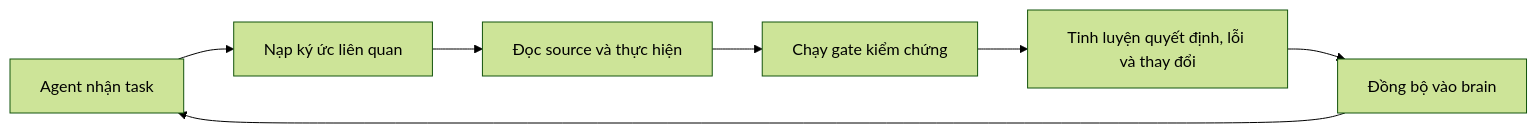
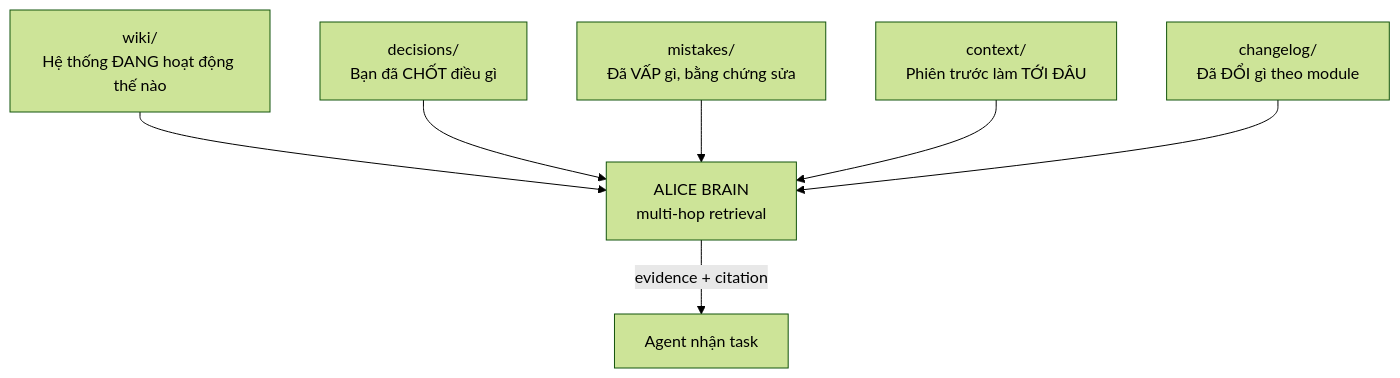
The first of 2 diagrams in README.md (blueberry-sensei/alice-coding), drawn with Mermaid (forest theme) before and after one commit. The commit also changed other lines of this file and 11 other files, not shown here.

````diff
--- a/README.md
+++ b/README.md
@@ -76,9 +61,17 @@
 ```mermaid
-flowchart LR
-    A["Agent nhận task"] --> B["Nạp ký ức liên quan"]
-    B --> C["Đọc source và thực hiện"]
-    C --> D["Chạy gate kiểm chứng"]
-    D --> E["Tinh luyện quyết định, lỗi và thay đổi"]
-    E --> F["Đồng bộ vào brain"]
-    F --> A
+flowchart TD
+    Task["Agent nhận task"]
+    W["wiki/<br/>Hệ thống ĐANG hoạt động thế nào"]
+    D["decisions/<br/>Bạn đã CHỐT điều gì"]
+    M["mistakes/<br/>Đã VẤP gì, bằng chứng sửa"]
+    C["context/<br/>Phiên trước làm TỚI ĐÂU"]
+    L["changelog/<br/>Đã ĐỔI gì theo module"]
+    Brain["ALICE BRAIN<br/>multi-hop retrieval"]
+
+    W --> Brain
+    D --> Brain
+    M --> Brain
+    C --> Brain
+    L --> Brain
+    Brain -- "evidence + citation" --> Task
 ```
````
